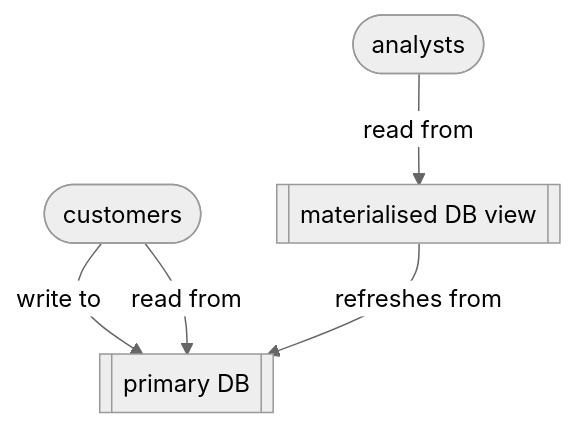
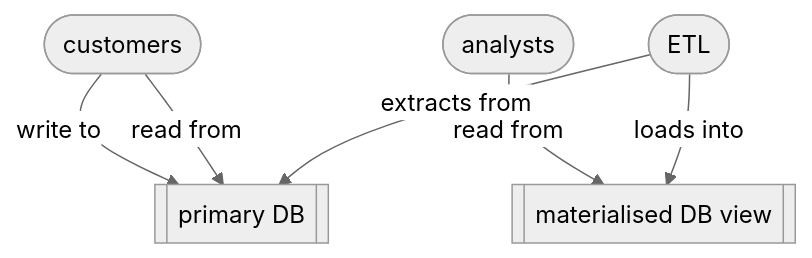
The diagram in m/materialised_views.md (conmaol/maglocunus), drawn with Mermaid (neutral theme) before and after one commit. The commit also changed other lines of this file, not shown here.

First line of the commit message:
Enhance materialised views documentation

````diff
--- a/m/materialised_views.md
+++ b/m/materialised_views.md
@@ -30,11 +21,13 @@
 ```mermaid
 flowchart TD
   customers([customers])
   analysts([analysts])
-  primary[[primary DB]]
-  materialised[[materialised DB view]]
+  primary[["primary DB"]]
+  materialised[["materialised DB view"]]
+  etl(["ETL"])
   customers -- "write to" --> primary
   customers -- "read from" --> primary
   analysts -- "read from" --> materialised
-  materialised -- "refreshes from" --> primary
+  etl -- "extracts from" --> primary
+  etl -- "loads into" --> materialised
 ```
````
